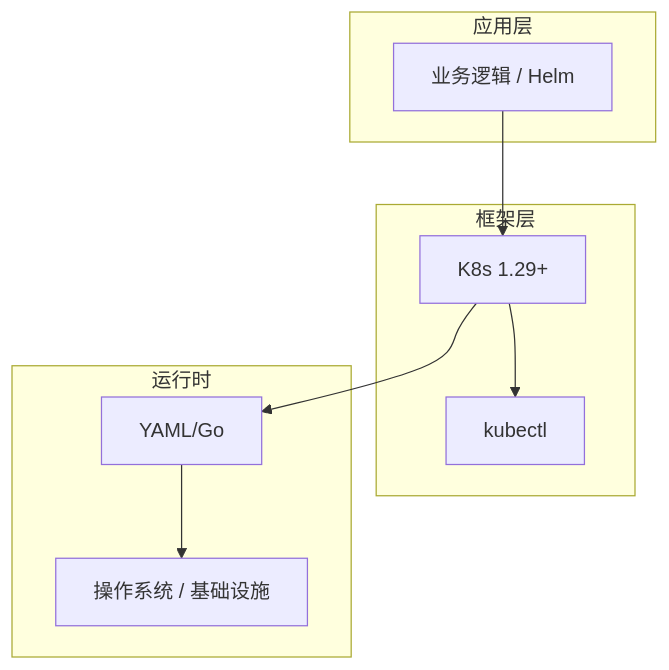
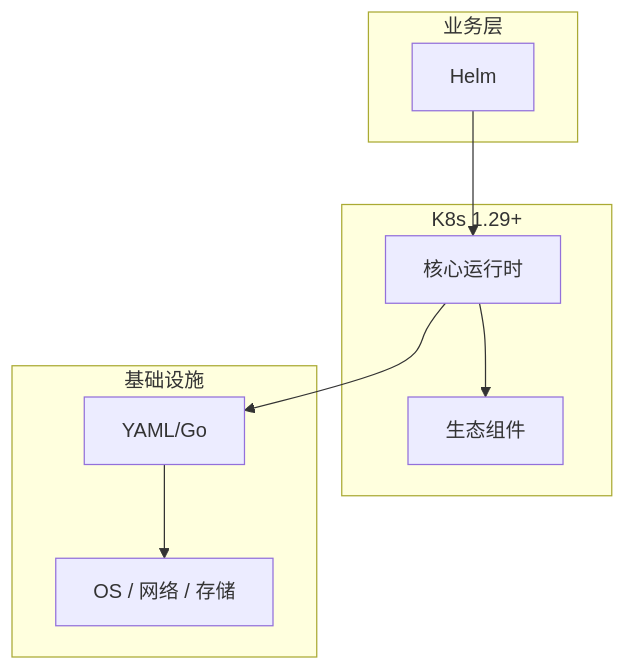
The diagram in articles/Kubernetes/chapters/145-Helm核心概念与原理.md (yanggan2015/knowledge-json-v2), drawn with Mermaid before and after one commit. The commit also changed other lines of this file and 10127 other files, not shown here.

````diff
--- a/articles/Kubernetes/chapters/145-Helm核心概念与原理.md
+++ b/articles/Kubernetes/chapters/145-Helm核心概念与原理.md
@@ -45,18 +34,18 @@
 ```mermaid
 graph TB
-    subgraph 应用层
-        A[业务逻辑 / Helm]
+    subgraph 业务层
+        A[Helm]
     end
-    subgraph 框架层
-        B[K8s 1.29+]
-        C[kubectl]
+    subgraph K8s 1.29+
+        B[核心运行时]
+        C[生态组件]
     end
-    subgraph 运行时
+    subgraph 基础设施
         D[YAML/Go]
-        E[操作系统 / 基础设施]
+        E[OS / 网络 / 存储]
     end
     A --> B
     B --> C
     B --> D
     D --> E
 ```
````
